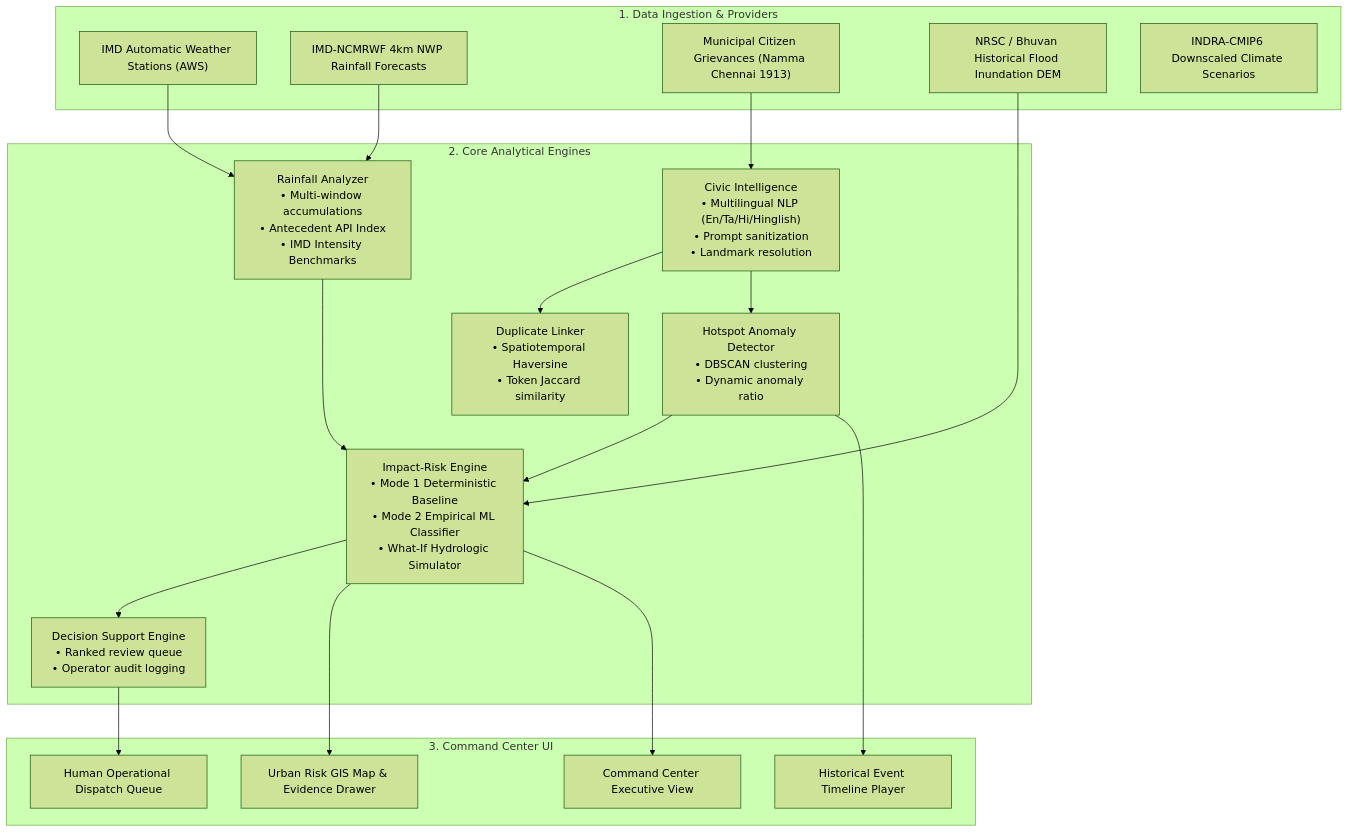
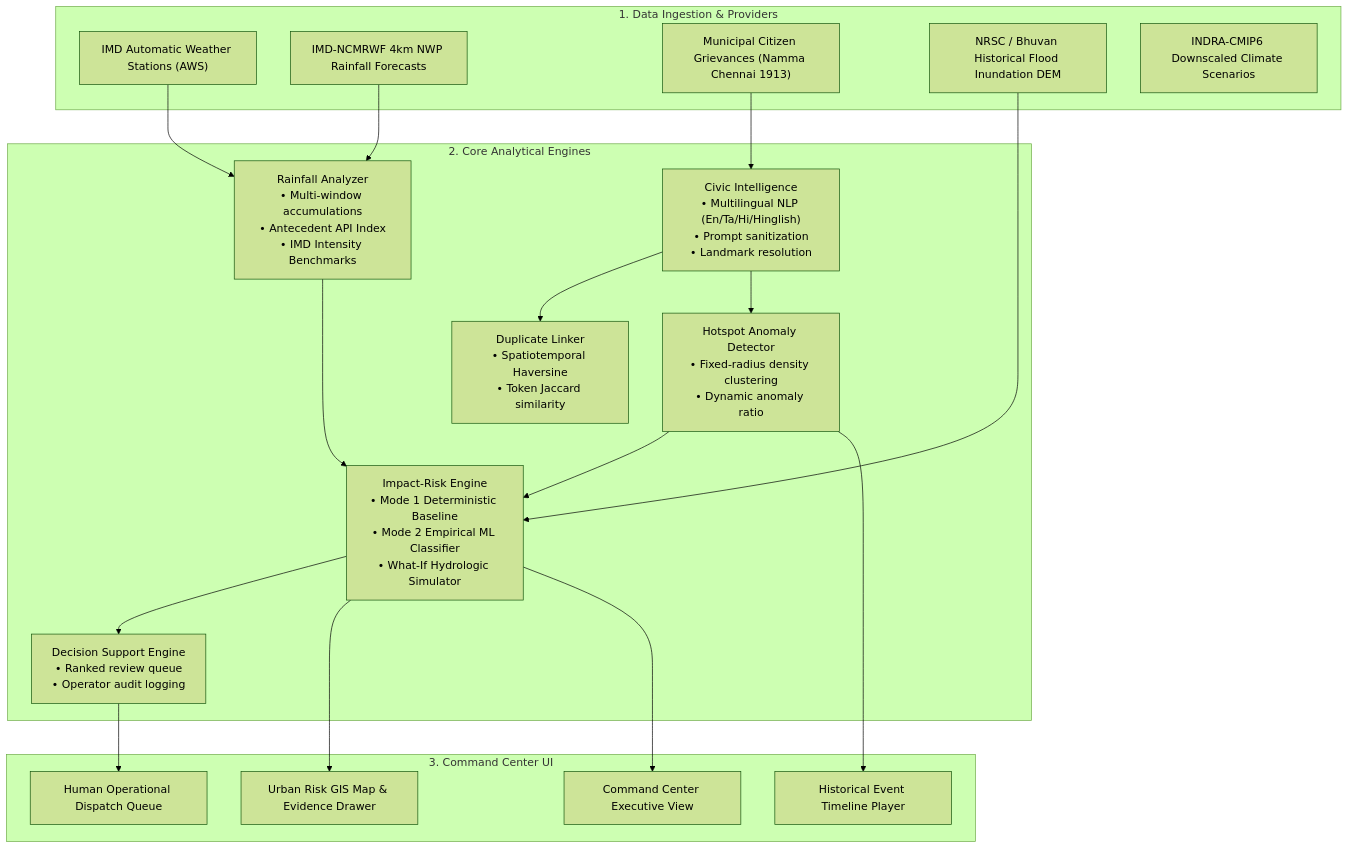
One commit to theshaanprasad-ai/urbanpulse-ai changed the diagram in docs/ARCHITECTURE.md. Above: the diagram before and after it, drawn with Mermaid (forest theme). The commit also changed other lines of this file and 8 other files, not shown here.

````diff
--- a/docs/ARCHITECTURE.md
+++ b/docs/ARCHITECTURE.md
@@ -11,40 +11,40 @@
 ```mermaid
 flowchart TD
     subgraph DataIngestion ["1. Data Ingestion & Providers"]
         IMD["IMD Automatic Weather Stations (AWS)"]
         NWP["IMD-NCMRWF 4km NWP Rainfall Forecasts"]
         Civic["Municipal Citizen Grievances (Namma Chennai 1913)"]
         Bhuvan["NRSC / Bhuvan Historical Flood Inundation DEM"]
         CMIP6["INDRA-CMIP6 Downscaled Climate Scenarios"]
     end
 
     subgraph AnalyticalEngines ["2. Core Analytical Engines"]
         RainfallEng["Rainfall Analyzer<br/>• Multi-window accumulations<br/>• Antecedent API Index<br/>• IMD Intensity Benchmarks"]
         CivicEng["Civic Intelligence<br/>• Multilingual NLP (En/Ta/Hi/Hinglish)<br/>• Prompt sanitization<br/>• Landmark resolution"]
         DupEng["Duplicate Linker<br/>• Spatiotemporal Haversine<br/>• Token Jaccard similarity"]
-        HotspotEng["Hotspot Anomaly Detector<br/>• DBSCAN clustering<br/>• Dynamic anomaly ratio"]
+        HotspotEng["Hotspot Anomaly Detector<br/>• Fixed-radius density clustering<br/>• Dynamic anomaly ratio"]
         RiskEng["Impact-Risk Engine<br/>• Mode 1 Deterministic Baseline<br/>• Mode 2 Empirical ML Classifier<br/>• What-If Hydrologic Simulator"]
         DecisionEng["Decision Support Engine<br/>• Ranked review queue<br/>• Operator audit logging"]
     end
 
     subgraph PresentationTier ["3. Command Center UI"]
         CommandCenter["Command Center Executive View"]
         GISMap["Urban Risk GIS Map & Evidence Drawer"]
         Replay["Historical Event Timeline Player"]
         ActionsQueue["Human Operational Dispatch Queue"]
     end
 
     IMD --> RainfallEng
     NWP --> RainfallEng
     Civic --> CivicEng
     CivicEng --> DupEng
     CivicEng --> HotspotEng
     RainfallEng --> RiskEng
     Bhuvan --> RiskEng
     HotspotEng --> RiskEng
     RiskEng --> DecisionEng
     DecisionEng --> ActionsQueue
     RiskEng --> GISMap
     RiskEng --> CommandCenter
     HotspotEng --> Replay
 ```
````
